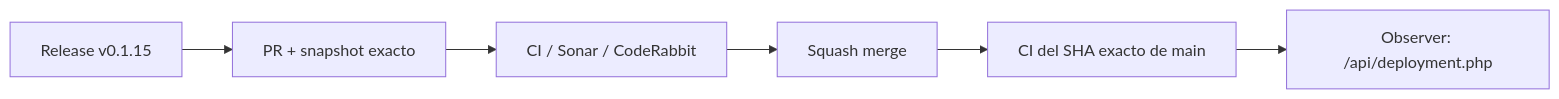
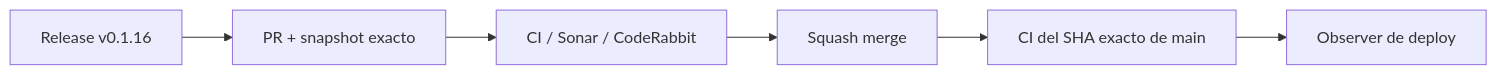
The diagram in README.md (pl0n3r/brvtal), drawn with Mermaid before and after one commit. The commit also changed other lines of this file and 5 other files, not shown here.

````diff
--- a/README.md
+++ b/README.md
@@ -48,8 +47,8 @@
 ```mermaid
 flowchart LR
- A["Release v0.1.15"] --> P["PR + snapshot exacto"]
+ A["Release v0.1.16"] --> P["PR + snapshot exacto"]
  P --> Q["CI / Sonar / CodeRabbit"]
  Q --> M["Squash merge"]
  M --> X["CI del SHA exacto de main"]
- X --> O["Observer: /api/deployment.php"]
+ X --> O["Observer de deploy"]
 ```
````
